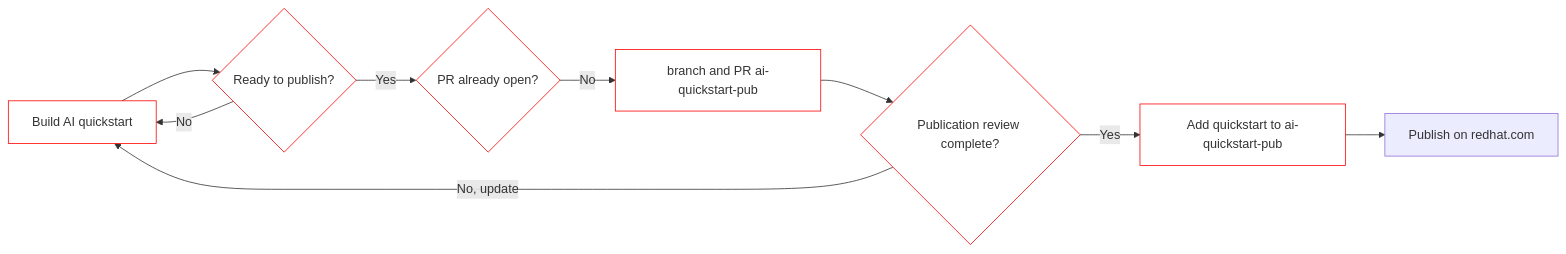
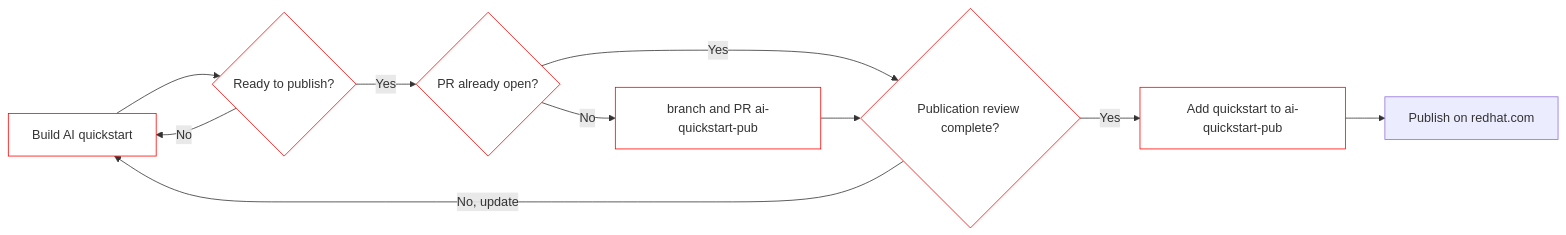
One commit to rh-ai-quickstart/ai-quickstart-contrib changed the diagram in PUBLISHING.md. Above: the diagram before and after it, drawn with Mermaid.

Commit message:
more realistic flowchart

````diff
--- a/PUBLISHING.md
+++ b/PUBLISHING.md
@@ -15,18 +15,19 @@
 ```mermaid
   flowchart LR 
     A[Build AI quickstart] --> B{Ready to publish?};
     B -- No --> A;
     B -- Yes --> C{PR already open?};
     C -- No --> D[branch and PR ai-quickstart-pub];
+    C -- Yes --> E;
     D --> E{Publication review complete?};
     E -- No, update --> A;
     E -- Yes --> F[Add quickstart to ai-quickstart-pub];
     F --> G[Publish on redhat.com];
 
     style A fill:#fff,stroke:#f00
     style B fill:#fff,stroke:#f00
     style C fill:#fff,stroke:#f00
     style D fill:#fff,stroke:#f00
     style E fill:#fff,stroke:#f00
     style F fill:#fff,stroke:#f00
 ```
````
